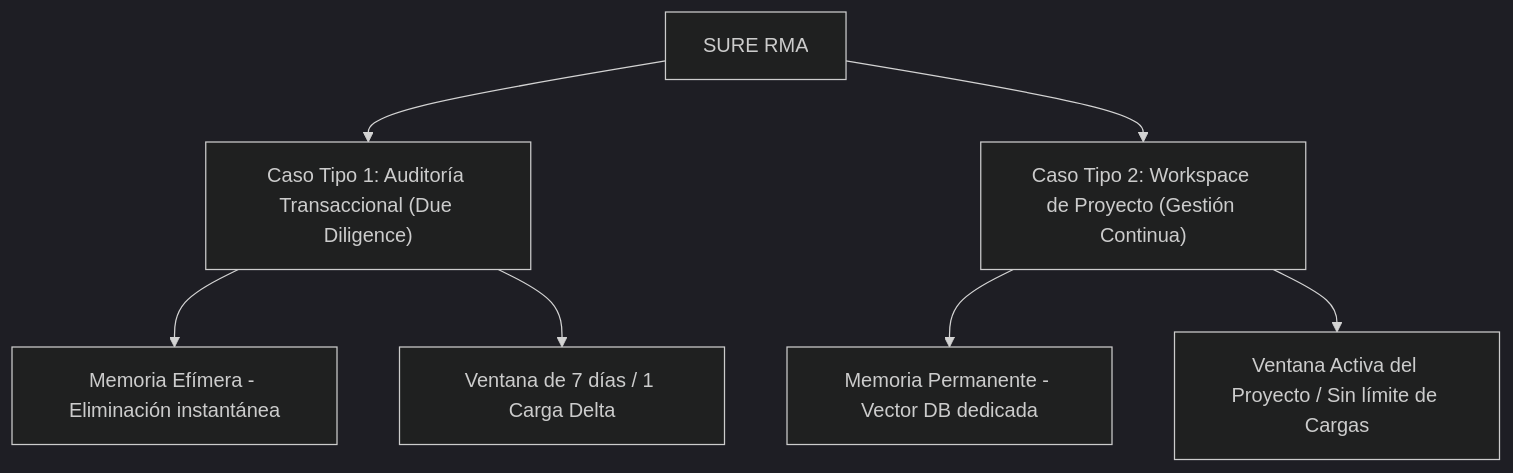
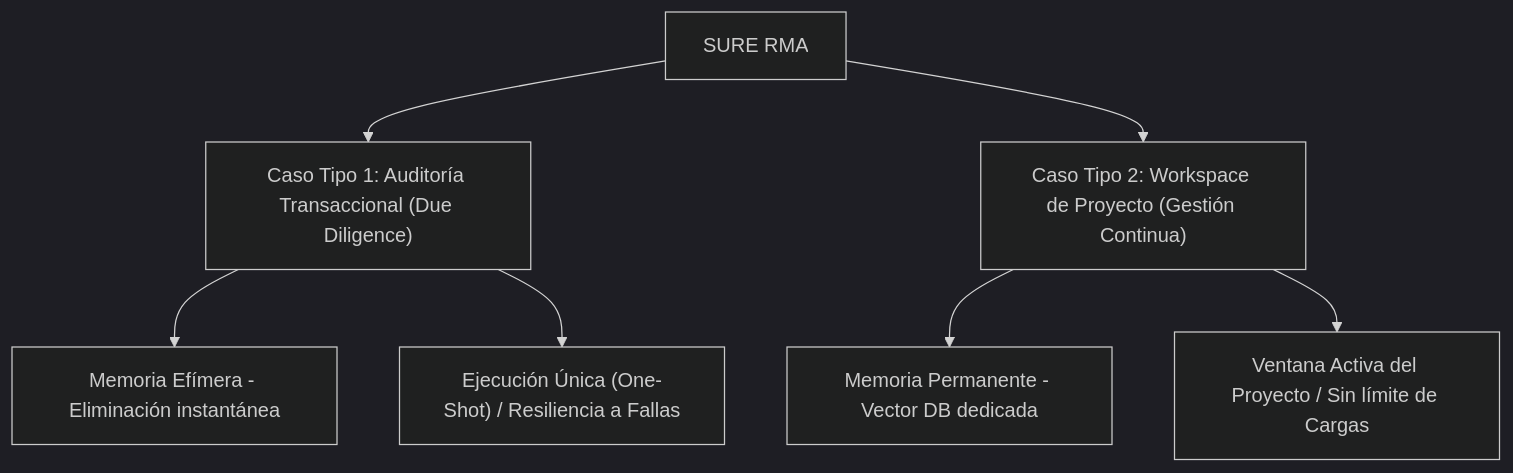
The diagram in sure_rma_instructivo_operativo.md (antonio418/sure-app), drawn with Mermaid (dark theme) before and after one commit. The commit also changed other lines of this file, not shown here.

First line of the commit message:
Definir Caso Tipo 1 como One-Shot y protocolo de recuperación

````diff
--- a/sure_rma_instructivo_operativo.md
+++ b/sure_rma_instructivo_operativo.md
@@ -28,9 +28,9 @@
 ```mermaid
 graph TD
     A["SURE RMA"] --> B["Caso Tipo 1: Auditoría Transaccional (Due Diligence)"]
     A --> C["Caso Tipo 2: Workspace de Proyecto (Gestión Continua)"]
     B --> B1["Memoria Efímera - Eliminación instantánea"]
-    B --> B2["Ventana de 7 días / 1 Carga Delta"]
+    B --> B2["Ejecución Única (One-Shot) / Resiliencia a Fallas"]
     C --> C1["Memoria Permanente - Vector DB dedicada"]
     C --> C2["Ventana Activa del Proyecto / Sin límite de Cargas"]
 ```
````
